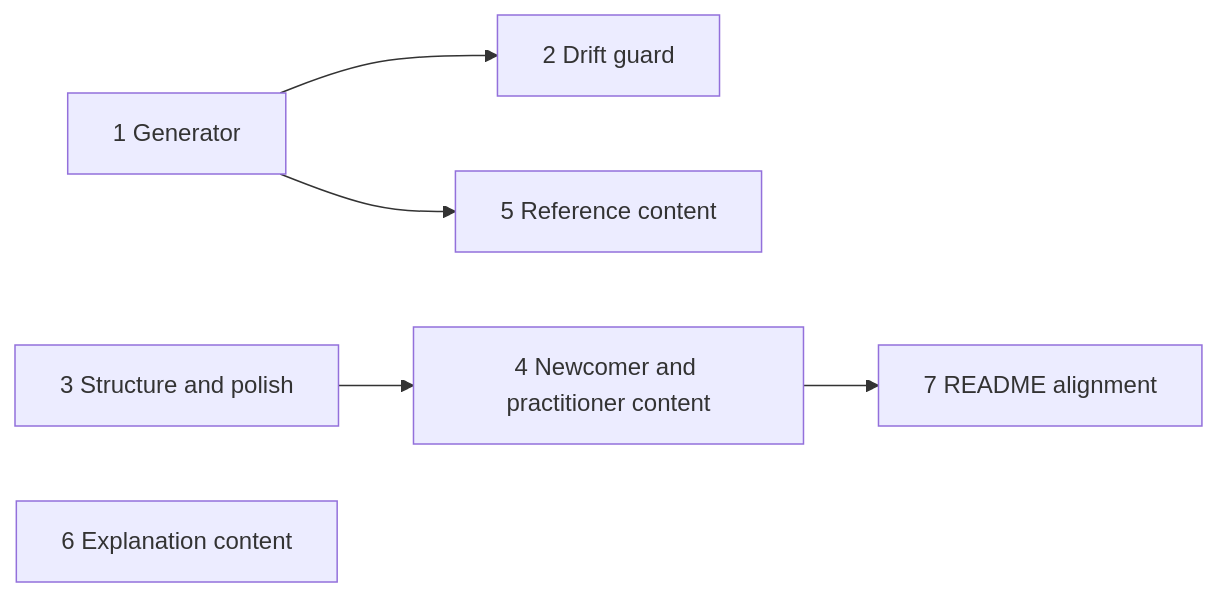
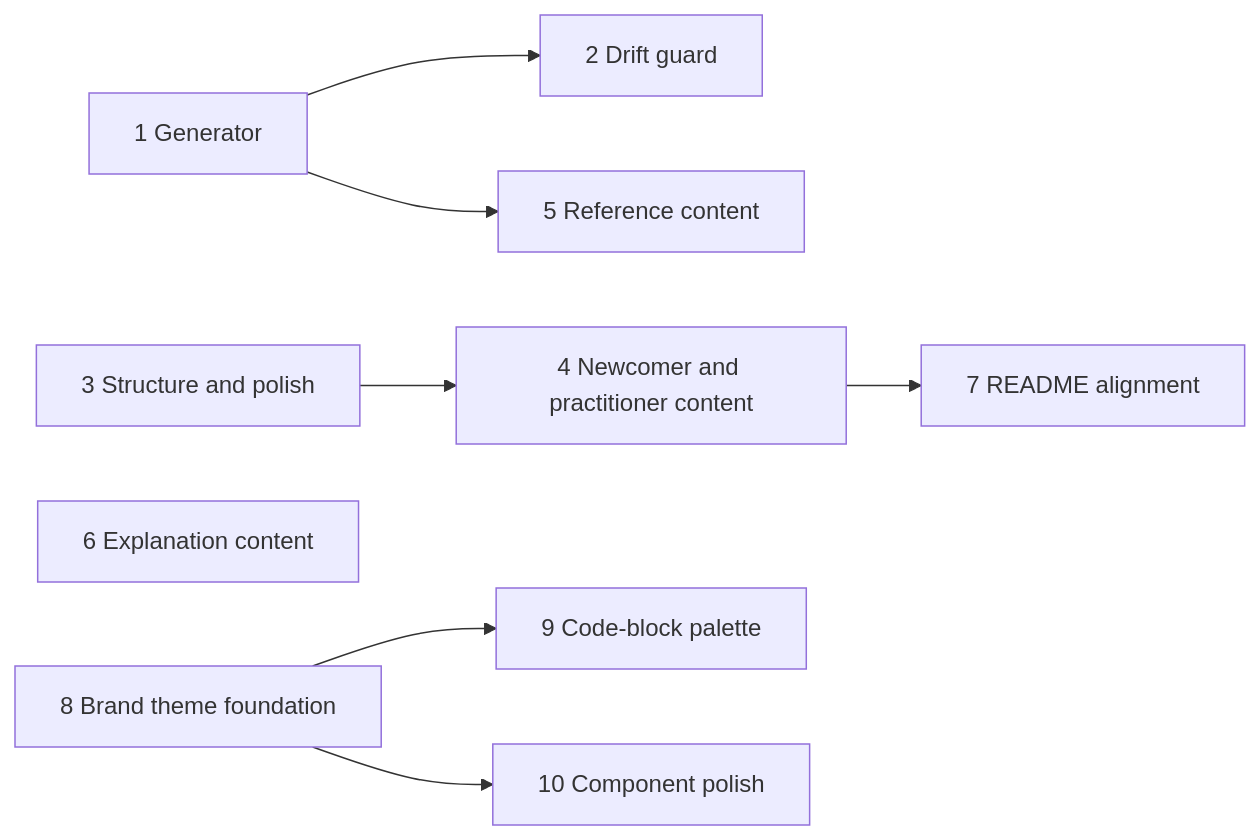
One commit to atomicinnovation/accelerator changed the diagram in meta/plans/2026-07-10-0179-make-the-docs-amazing.md. Above: the diagram before and after it, drawn with Mermaid. The commit also changed other lines of this file and 1 other file, not shown here.

````diff
--- a/meta/plans/2026-07-10-0179-make-the-docs-amazing.md
+++ b/meta/plans/2026-07-10-0179-make-the-docs-amazing.md
@@ -153,9 +163,11 @@
 ```mermaid
 flowchart LR
   P1[1 Generator] --> P2[2 Drift guard]
   P1 --> P5[5 Reference content]
   P3[3 Structure and polish]
   P3 --> P4[4 Newcomer and practitioner content]
   P4 --> P7[7 README alignment]
   P6[6 Explanation content]
+  P8[8 Brand theme foundation] --> P9[9 Code-block palette]
+  P8 --> P10[10 Component polish]
 ```
````
